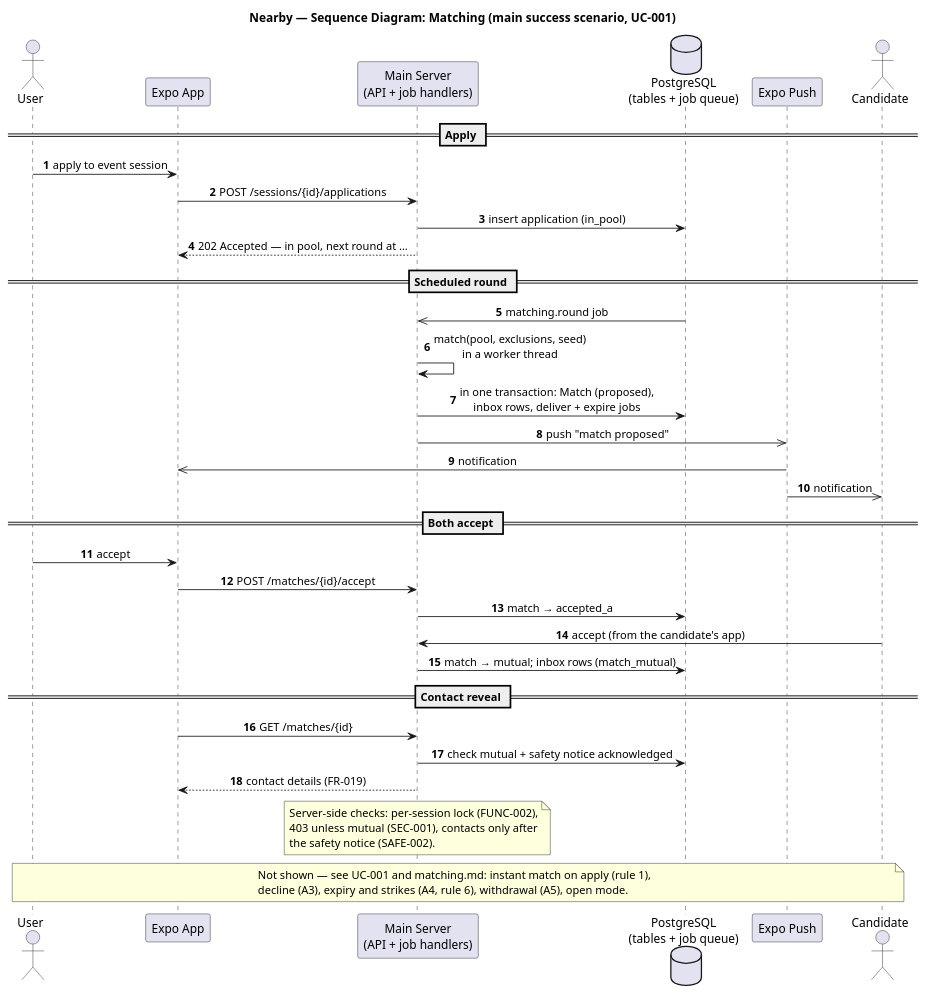
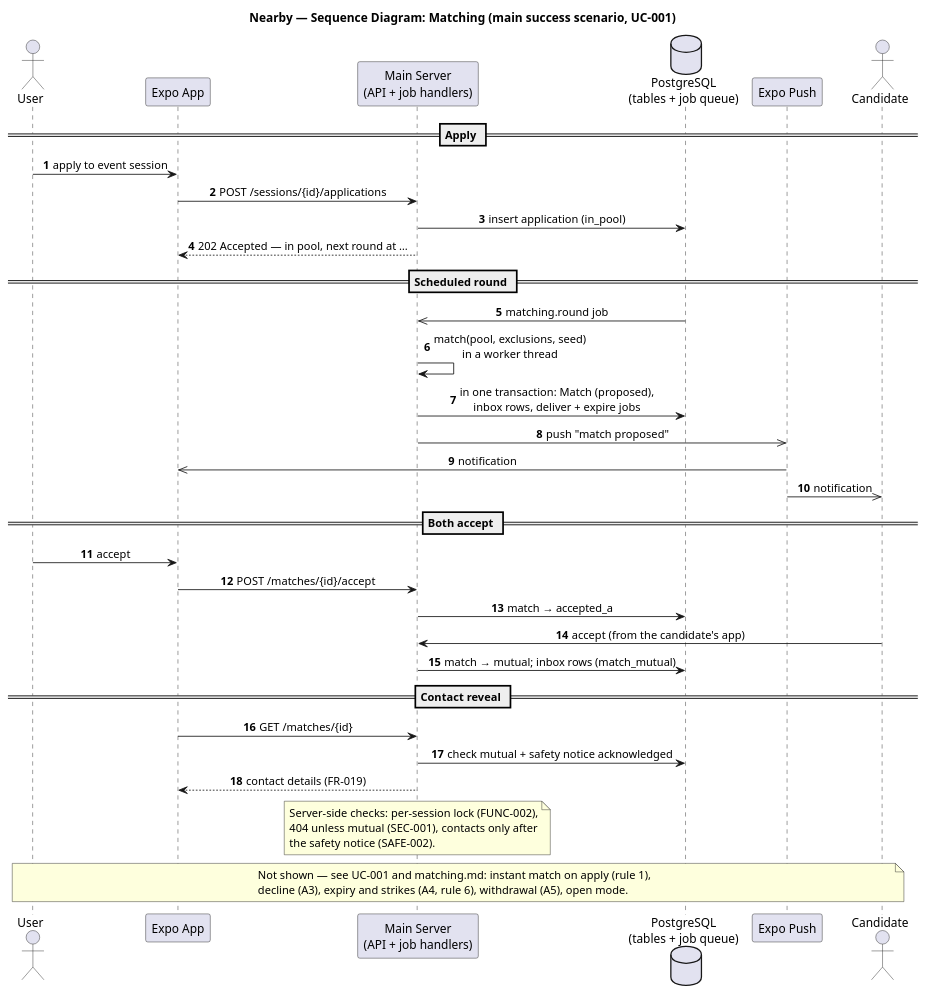
The diagram in docs/architecture/uml/sequence-diagram.puml (ukma-fin-ssdm-2026/pun-intended-team), drawn with PlantUML before and after one commit. The commit also changed 47 other files, not shown here.

```diff
--- a/docs/architecture/uml/sequence-diagram.puml
+++ b/docs/architecture/uml/sequence-diagram.puml
@@ -1,62 +1,62 @@
 @startuml sequence-diagram-matching
 /'
   AI Usage Note
   Drafted with Claude; updated to match matching.md, notifications.md,
   data-model.md, UC-001 and high-level-design.md (I1, I3).
 '/
 title Nearby — Sequence Diagram: Matching (main success scenario, UC-001)
 
 skinparam shadowing false
 skinparam sequenceMessageAlign center
 skinparam responseMessageBelowArrow true
 autonumber
 
 actor "User" as U
 participant "Expo App" as APP
 participant "Main Server\n(API + job handlers)" as SRV
 database "PostgreSQL\n(tables + job queue)" as DB
 participant "Expo Push" as PUSH
 actor "Candidate" as C
 
 == Apply ==
 
 U -> APP : apply to event session
 APP -> SRV : POST /sessions/{id}/applications
 SRV -> DB : insert application (in_pool)
 SRV --> APP : 202 Accepted — in pool, next round at …
 
 == Scheduled round ==
 
 DB ->> SRV : matching.round job
 SRV -> SRV : match(pool, exclusions, seed)\nin a worker thread
 SRV -> DB : in one transaction: Match (proposed),\ninbox rows, deliver + expire jobs
 SRV ->> PUSH : push "match proposed"
 PUSH ->> APP : notification
 PUSH ->> C : notification
 
 == Both accept ==
 
 U -> APP : accept
 APP -> SRV : POST /matches/{id}/accept
 SRV -> DB : match → accepted_a
 C -> SRV : accept (from the candidate's app)
 SRV -> DB : match → mutual; inbox rows (match_mutual)
 
 == Contact reveal ==
 
 APP -> SRV : GET /matches/{id}
 SRV -> DB : check mutual + safety notice acknowledged
 SRV --> APP : contact details (FR-019)
 
 note over SRV
   Server-side checks: per-session lock (FUNC-002),
-  403 unless mutual (SEC-001), contacts only after
+  404 unless mutual (SEC-001), contacts only after
   the safety notice (SAFE-002).
 end note
 
 note over U, C
   Not shown — see UC-001 and matching.md: instant match on apply (rule 1),
   decline (A3), expiry and strikes (A4, rule 6), withdrawal (A5), open mode.
 end note
 
 @enduml
```
